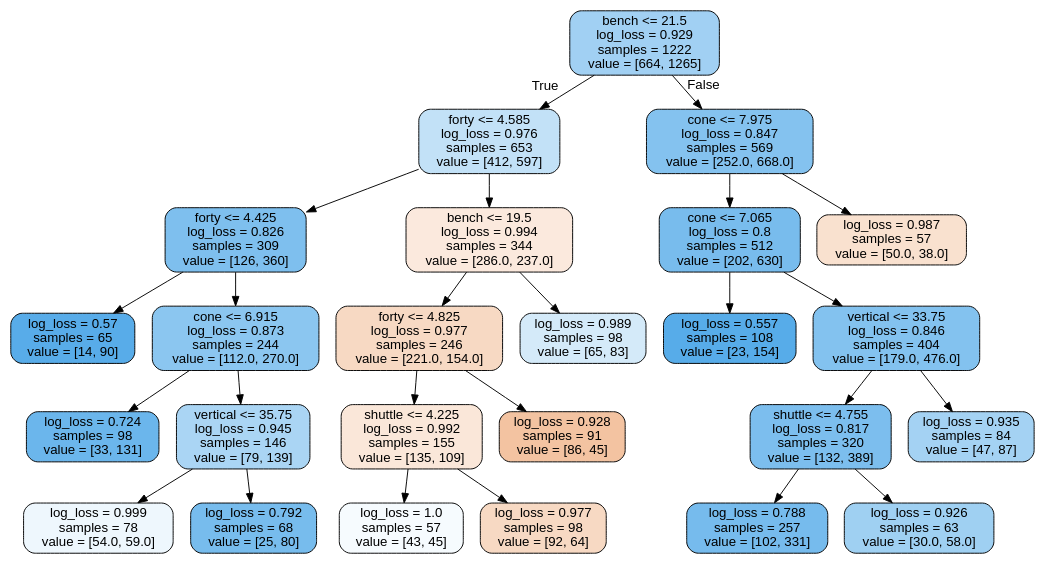
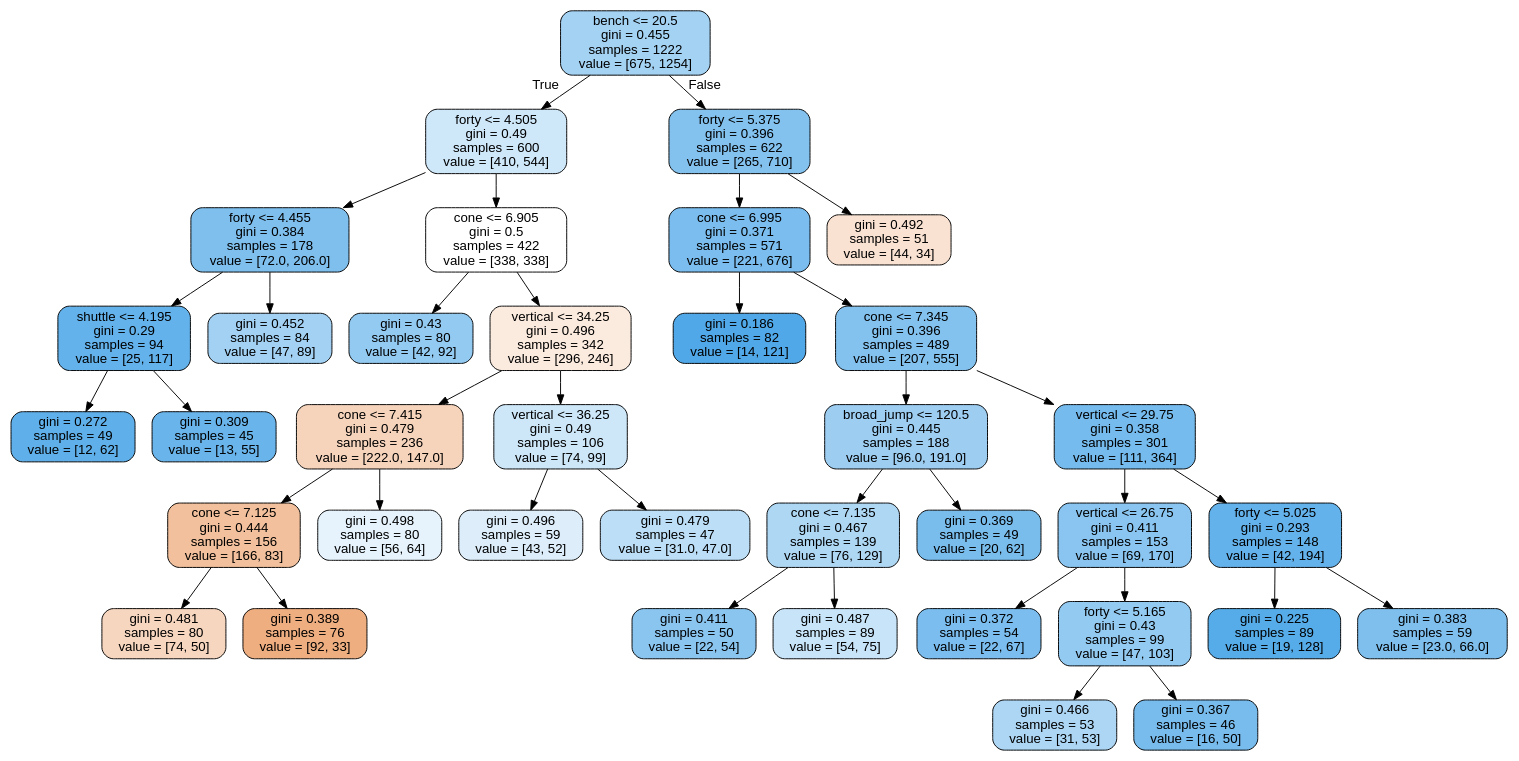
One commit to lagisreal89/combine changed the diagram in randomforesttree.dot. Above: the diagram before and after it, drawn with Graphviz. The commit also changed 4 other files, not shown here.

```diff
--- a/randomforesttree.dot
+++ b/randomforesttree.dot
@@ -1,53 +1,77 @@
 digraph Tree {
 node [shape=box, style="filled, rounded", color="black", fontname="helvetica"] ;
 edge [fontname="helvetica"] ;
-0 [label="bench <= 21.5\nlog_loss = 0.929\nsamples = 1222\nvalue = [664, 1265]", fillcolor="#a1d0f3"] ;
-1 [label="forty <= 4.585\nlog_loss = 0.976\nsamples = 653\nvalue = [412, 597]", fillcolor="#c2e1f7"] ;
+0 [label="bench <= 20.5\ngini = 0.455\nsamples = 1222\nvalue = [675, 1254]", fillcolor="#a4d2f3"] ;
+1 [label="forty <= 4.505\ngini = 0.49\nsamples = 600\nvalue = [410, 544]", fillcolor="#cee7f9"] ;
 0 -> 1 [labeldistance=2.5, labelangle=45, headlabel="True"] ;
-3 [label="forty <= 4.425\nlog_loss = 0.826\nsamples = 309\nvalue = [126, 360]", fillcolor="#7ebfee"] ;
+3 [label="forty <= 4.455\ngini = 0.384\nsamples = 178\nvalue = [72.0, 206.0]", fillcolor="#7ebfee"] ;
 1 -> 3 ;
-9 [label="log_loss = 0.57\nsamples = 65\nvalue = [14, 90]", fillcolor="#58ace9"] ;
-3 -> 9 ;
-10 [label="cone <= 6.915\nlog_loss = 0.873\nsamples = 244\nvalue = [112.0, 270.0]", fillcolor="#8bc6f0"] ;
-3 -> 10 ;
-11 [label="log_loss = 0.724\nsamples = 98\nvalue = [33, 131]", fillcolor="#6bb6ec"] ;
-10 -> 11 ;
-12 [label="vertical <= 35.75\nlog_loss = 0.945\nsamples = 146\nvalue = [79, 139]", fillcolor="#aad5f4"] ;
-10 -> 12 ;
-13 [label="log_loss = 0.999\nsamples = 78\nvalue = [54.0, 59.0]", fillcolor="#eef7fd"] ;
-12 -> 13 ;
-14 [label="log_loss = 0.792\nsamples = 68\nvalue = [25, 80]", fillcolor="#77bced"] ;
-12 -> 14 ;
-4 [label="bench <= 19.5\nlog_loss = 0.994\nsamples = 344\nvalue = [286.0, 237.0]", fillcolor="#fbe9dd"] ;
+15 [label="shuttle <= 4.195\ngini = 0.29\nsamples = 94\nvalue = [25, 117]", fillcolor="#63b2eb"] ;
+3 -> 15 ;
+35 [label="gini = 0.272\nsamples = 49\nvalue = [12, 62]", fillcolor="#5fb0ea"] ;
+15 -> 35 ;
+36 [label="gini = 0.309\nsamples = 45\nvalue = [13, 55]", fillcolor="#68b4eb"] ;
+15 -> 36 ;
+16 [label="gini = 0.452\nsamples = 84\nvalue = [47, 89]", fillcolor="#a2d1f3"] ;
+3 -> 16 ;
+4 [label="cone <= 6.905\ngini = 0.5\nsamples = 422\nvalue = [338, 338]", fillcolor="#ffffff"] ;
 1 -> 4 ;
-15 [label="forty <= 4.825\nlog_loss = 0.977\nsamples = 246\nvalue = [221.0, 154.0]", fillcolor="#f7d9c3"] ;
-4 -> 15 ;
-21 [label="shuttle <= 4.225\nlog_loss = 0.992\nsamples = 155\nvalue = [135, 109]", fillcolor="#fae7d9"] ;
-15 -> 21 ;
-23 [label="log_loss = 1.0\nsamples = 57\nvalue = [43, 45]", fillcolor="#f6fbfe"] ;
-21 -> 23 ;
-24 [label="log_loss = 0.977\nsamples = 98\nvalue = [92, 64]", fillcolor="#f7d9c3"] ;
-21 -> 24 ;
-22 [label="log_loss = 0.928\nsamples = 91\nvalue = [86, 45]", fillcolor="#f3c3a1"] ;
-15 -> 22 ;
-16 [label="log_loss = 0.989\nsamples = 98\nvalue = [65, 83]", fillcolor="#d4eaf9"] ;
-4 -> 16 ;
-2 [label="cone <= 7.975\nlog_loss = 0.847\nsamples = 569\nvalue = [252.0, 668.0]", fillcolor="#84c2ef"] ;
+7 [label="gini = 0.43\nsamples = 80\nvalue = [42, 92]", fillcolor="#93caf1"] ;
+4 -> 7 ;
+8 [label="vertical <= 34.25\ngini = 0.496\nsamples = 342\nvalue = [296, 246]", fillcolor="#fbeade"] ;
+4 -> 8 ;
+9 [label="cone <= 7.415\ngini = 0.479\nsamples = 236\nvalue = [222.0, 147.0]", fillcolor="#f6d4bc"] ;
+8 -> 9 ;
+11 [label="cone <= 7.125\ngini = 0.444\nsamples = 156\nvalue = [166, 83]", fillcolor="#f2c09c"] ;
+9 -> 11 ;
+21 [label="gini = 0.481\nsamples = 80\nvalue = [74, 50]", fillcolor="#f7d6bf"] ;
+11 -> 21 ;
+22 [label="gini = 0.389\nsamples = 76\nvalue = [92, 33]", fillcolor="#eeae80"] ;
+11 -> 22 ;
+12 [label="gini = 0.498\nsamples = 80\nvalue = [56, 64]", fillcolor="#e6f3fc"] ;
+9 -> 12 ;
+10 [label="vertical <= 36.25\ngini = 0.49\nsamples = 106\nvalue = [74, 99]", fillcolor="#cde6f8"] ;
+8 -> 10 ;
+33 [label="gini = 0.496\nsamples = 59\nvalue = [43, 52]", fillcolor="#ddeefa"] ;
+10 -> 33 ;
+34 [label="gini = 0.479\nsamples = 47\nvalue = [31.0, 47.0]", fillcolor="#bcdef6"] ;
+10 -> 34 ;
+2 [label="forty <= 5.375\ngini = 0.396\nsamples = 622\nvalue = [265, 710]", fillcolor="#83c2ef"] ;
 0 -> 2 [labeldistance=2.5, labelangle=-45, headlabel="False"] ;
-5 [label="cone <= 7.065\nlog_loss = 0.8\nsamples = 512\nvalue = [202, 630]", fillcolor="#78bced"] ;
+5 [label="cone <= 6.995\ngini = 0.371\nsamples = 571\nvalue = [221, 676]", fillcolor="#7abdee"] ;
 2 -> 5 ;
-7 [label="log_loss = 0.557\nsamples = 108\nvalue = [23, 154]", fillcolor="#57ace9"] ;
-5 -> 7 ;
-8 [label="vertical <= 33.75\nlog_loss = 0.846\nsamples = 404\nvalue = [179.0, 476.0]", fillcolor="#83c2ef"] ;
-5 -> 8 ;
-17 [label="shuttle <= 4.755\nlog_loss = 0.817\nsamples = 320\nvalue = [132, 389]", fillcolor="#7cbeee"] ;
-8 -> 17 ;
-19 [label="log_loss = 0.788\nsamples = 257\nvalue = [102, 331]", fillcolor="#76bbed"] ;
-17 -> 19 ;
-20 [label="log_loss = 0.926\nsamples = 63\nvalue = [30.0, 58.0]", fillcolor="#9fd0f2"] ;
-17 -> 20 ;
-18 [label="log_loss = 0.935\nsamples = 84\nvalue = [47, 87]", fillcolor="#a4d2f3"] ;
-8 -> 18 ;
-6 [label="log_loss = 0.987\nsamples = 57\nvalue = [50.0, 38.0]", fillcolor="#f9e1cf"] ;
+13 [label="gini = 0.186\nsamples = 82\nvalue = [14, 121]", fillcolor="#50a8e8"] ;
+5 -> 13 ;
+14 [label="cone <= 7.345\ngini = 0.396\nsamples = 489\nvalue = [207, 555]", fillcolor="#83c2ef"] ;
+5 -> 14 ;
+17 [label="broad_jump <= 120.5\ngini = 0.445\nsamples = 188\nvalue = [96.0, 191.0]", fillcolor="#9dcef2"] ;
+14 -> 17 ;
+23 [label="cone <= 7.135\ngini = 0.467\nsamples = 139\nvalue = [76, 129]", fillcolor="#aed7f4"] ;
+17 -> 23 ;
+27 [label="gini = 0.411\nsamples = 50\nvalue = [22, 54]", fillcolor="#8ac5f0"] ;
+23 -> 27 ;
+28 [label="gini = 0.487\nsamples = 89\nvalue = [54, 75]", fillcolor="#c8e4f8"] ;
+23 -> 28 ;
+24 [label="gini = 0.369\nsamples = 49\nvalue = [20, 62]", fillcolor="#79bded"] ;
+17 -> 24 ;
+18 [label="vertical <= 29.75\ngini = 0.358\nsamples = 301\nvalue = [111, 364]", fillcolor="#75bbed"] ;
+14 -> 18 ;
+19 [label="vertical <= 26.75\ngini = 0.411\nsamples = 153\nvalue = [69, 170]", fillcolor="#89c5f0"] ;
+18 -> 19 ;
+29 [label="gini = 0.372\nsamples = 54\nvalue = [22, 67]", fillcolor="#7abdee"] ;
+19 -> 29 ;
+30 [label="forty <= 5.165\ngini = 0.43\nsamples = 99\nvalue = [47, 103]", fillcolor="#93caf1"] ;
+19 -> 30 ;
+31 [label="gini = 0.466\nsamples = 53\nvalue = [31, 53]", fillcolor="#add6f4"] ;
+30 -> 31 ;
+32 [label="gini = 0.367\nsamples = 46\nvalue = [16, 50]", fillcolor="#78bced"] ;
+30 -> 32 ;
+20 [label="forty <= 5.025\ngini = 0.293\nsamples = 148\nvalue = [42, 194]", fillcolor="#64b2eb"] ;
+18 -> 20 ;
+25 [label="gini = 0.225\nsamples = 89\nvalue = [19, 128]", fillcolor="#56ace9"] ;
+20 -> 25 ;
+26 [label="gini = 0.383\nsamples = 59\nvalue = [23.0, 66.0]", fillcolor="#7ebfee"] ;
+20 -> 26 ;
+6 [label="gini = 0.492\nsamples = 51\nvalue = [44, 34]", fillcolor="#f9e2d2"] ;
 2 -> 6 ;
 }
```
